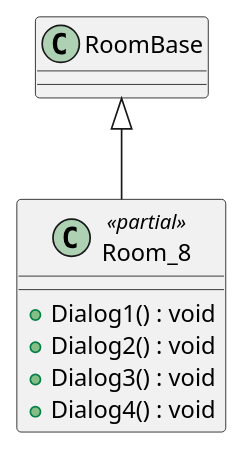
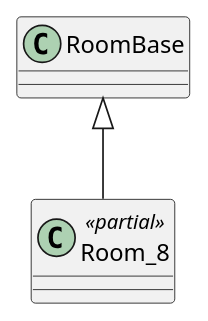
One commit to AlbinWalleniusWoxnerud/Prog2 changed the diagram in project/plantuml/docs/out/Rooms/Room8/Room8Dialog.puml. Above: the diagram before and after it, drawn with PlantUML. The commit also changed 55 other files, not shown here.

```diff
--- a/project/plantuml/docs/out/Rooms/Room8/Room8Dialog.puml
+++ b/project/plantuml/docs/out/Rooms/Room8/Room8Dialog.puml
@@ -1,9 +1,5 @@
 @startuml
 class Room_8 <<partial>> {
-    + Dialog1() : void
-    + Dialog2() : void
-    + Dialog3() : void
-    + Dialog4() : void
 }
 RoomBase <|-- Room_8
 @enduml
```
